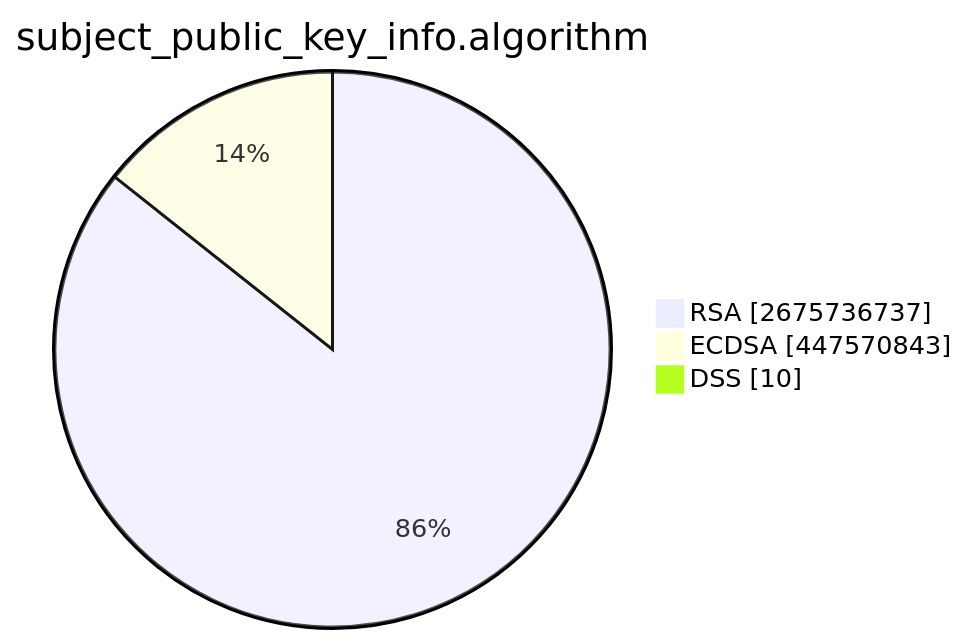
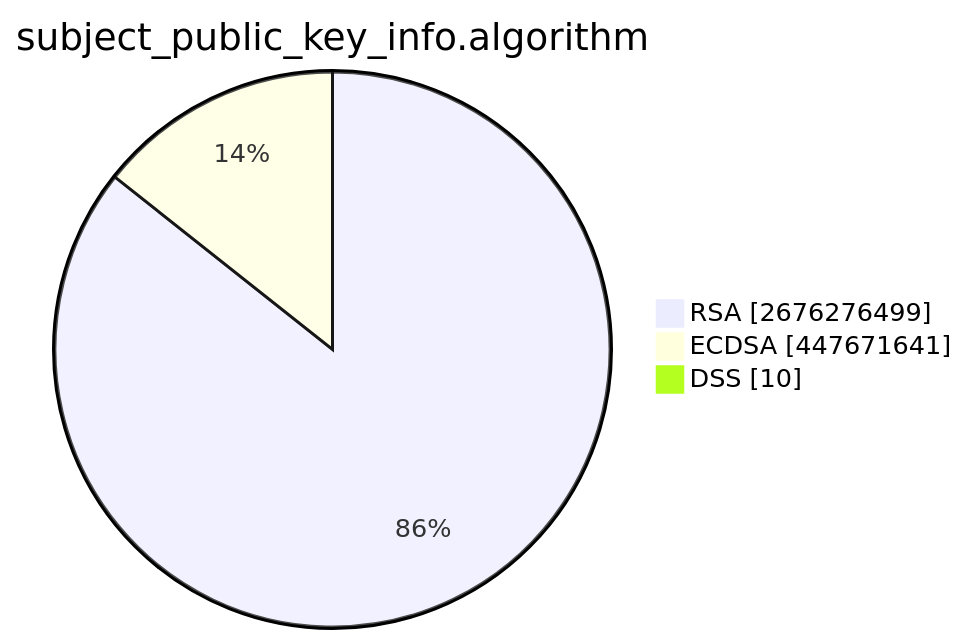
The second of 15 diagrams in TOTAL/README.md (christiankrug/ctmonitor_visualization), drawn with Mermaid before and after one commit. The commit also changed other lines of this file, not shown here.

````diff
--- a/TOTAL/README.md
+++ b/TOTAL/README.md
@@ -6,7 +6,7 @@
 ```mermaid
 pie showData
 title subject_public_key_info.algorithm
-"RSA" :2675736737
-"ECDSA" :447570843
+"RSA" :2676276499
+"ECDSA" :447671641
 "DSS" :10
 ```
````
